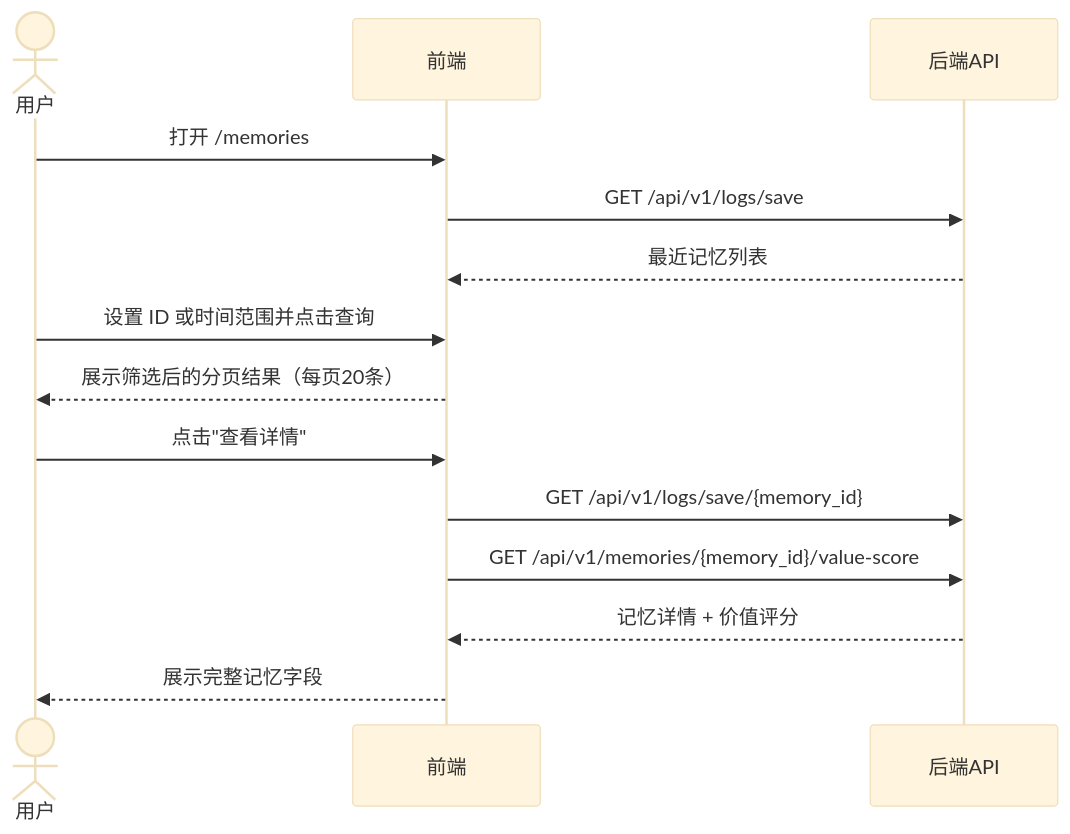
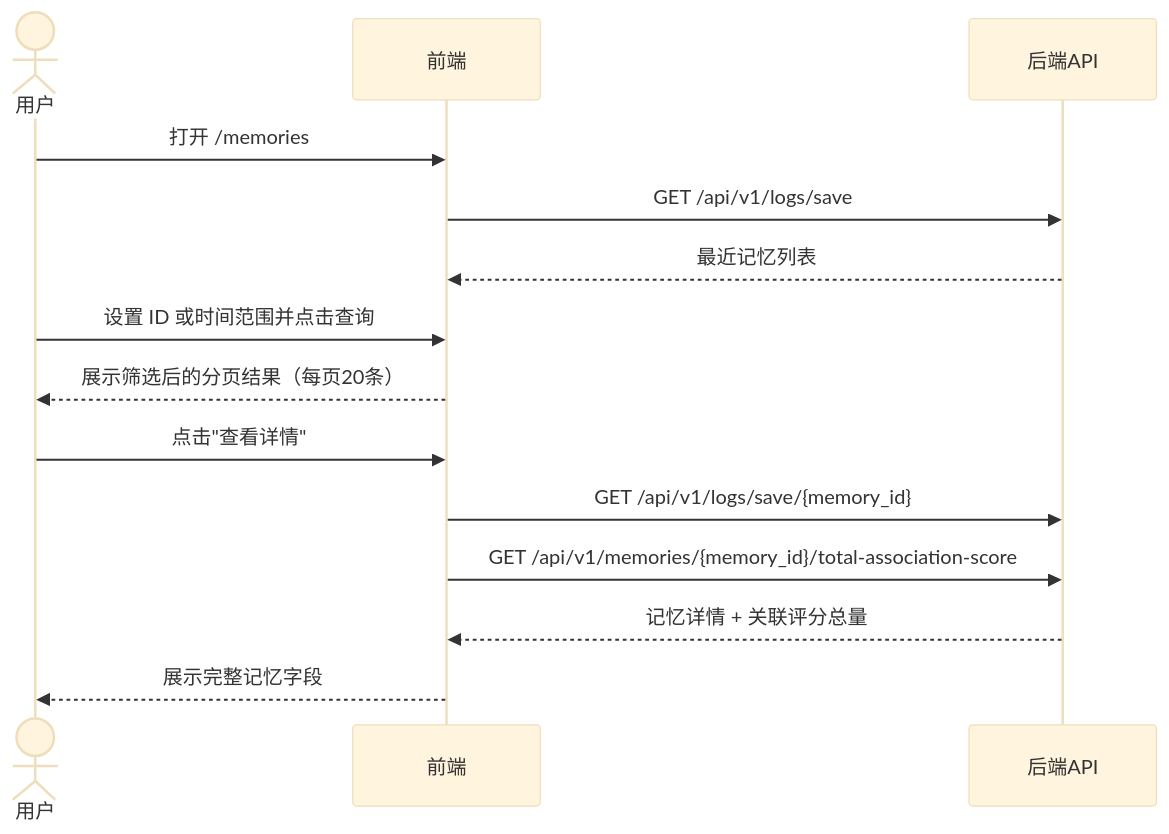
One commit to SevenLv/air_memory changed the second of 3 diagrams in doc/user_guide_v2.1.md. Above: the diagram before and after it, drawn with Mermaid (base theme). The commit also changed other lines of this file and 7 other files, not shown here.

First line of the commit message:
docs: 将记忆价值计量方式从 value_score 全面替换为 total_association_score

````diff
--- a/doc/user_guide_v2.1.md
+++ b/doc/user_guide_v2.1.md
@@ -109,17 +108,17 @@
 ```mermaid
 sequenceDiagram
     actor 用户
     participant 前端
     participant 后端API
 
     用户->>前端: 打开 /memories
     前端->>后端API: GET /api/v1/logs/save
     后端API-->>前端: 最近记忆列表
     用户->>前端: 设置 ID 或时间范围并点击查询
     前端-->>用户: 展示筛选后的分页结果（每页20条）
     用户->>前端: 点击"查看详情"
     前端->>后端API: GET /api/v1/logs/save/{memory_id}
-    前端->>后端API: GET /api/v1/memories/{memory_id}/value-score
-    后端API-->>前端: 记忆详情 + 价值评分
+    前端->>后端API: GET /api/v1/memories/{memory_id}/total-association-score
+    后端API-->>前端: 记忆详情 + 关联评分总量
     前端-->>用户: 展示完整记忆字段
 ```
````
